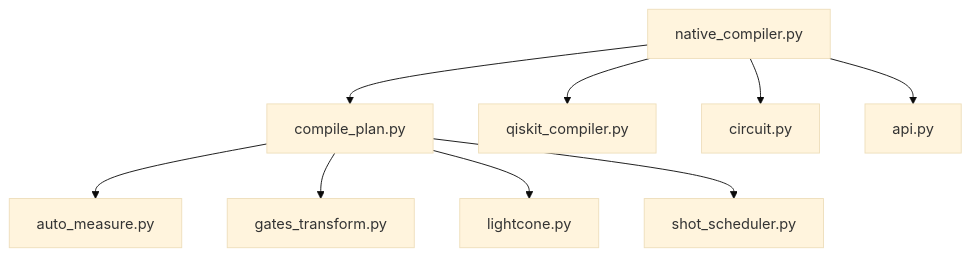
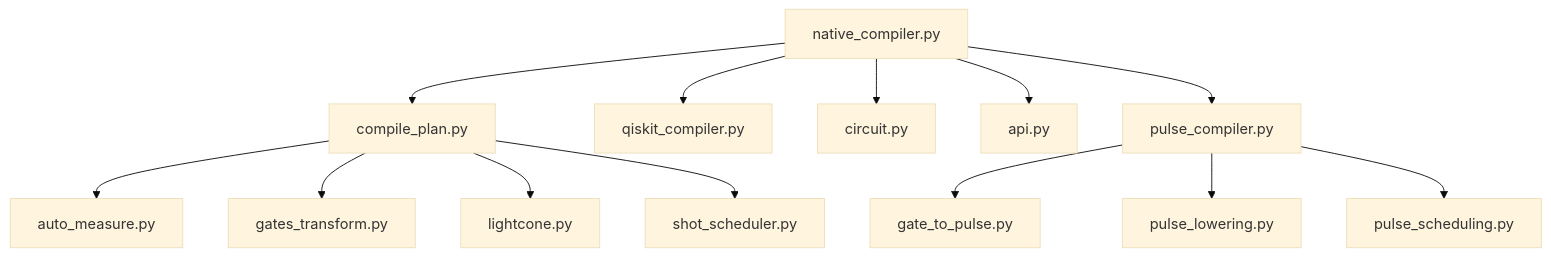
The fifth of 5 diagrams in .qoder/repowiki/zh/content/编译引擎/原生编译器.md (QureGenAI-Biotech/TyxonQ), drawn with Mermaid (base theme) before and after one commit. The commit also changed other lines of this file and 9 other files, not shown here.

````diff
--- a/.qoder/repowiki/zh/content/编译引擎/原生编译器.md
+++ b/.qoder/repowiki/zh/content/编译引擎/原生编译器.md
@@ -181,11 +204,15 @@
 ```mermaid
 graph TD
 A[native_compiler.py] --> B[compile_plan.py]
 A --> C[qiskit_compiler.py]
 B --> D[auto_measure.py]
 B --> E[gates_transform.py]
 B --> F[lightcone.py]
 B --> G[shot_scheduler.py]
 A --> H[circuit.py]
 A --> I[api.py]
+A --> J[pulse_compiler.py]
+J --> K[gate_to_pulse.py]
+J --> L[pulse_lowering.py]
+J --> M[pulse_scheduling.py]
 ```
````
